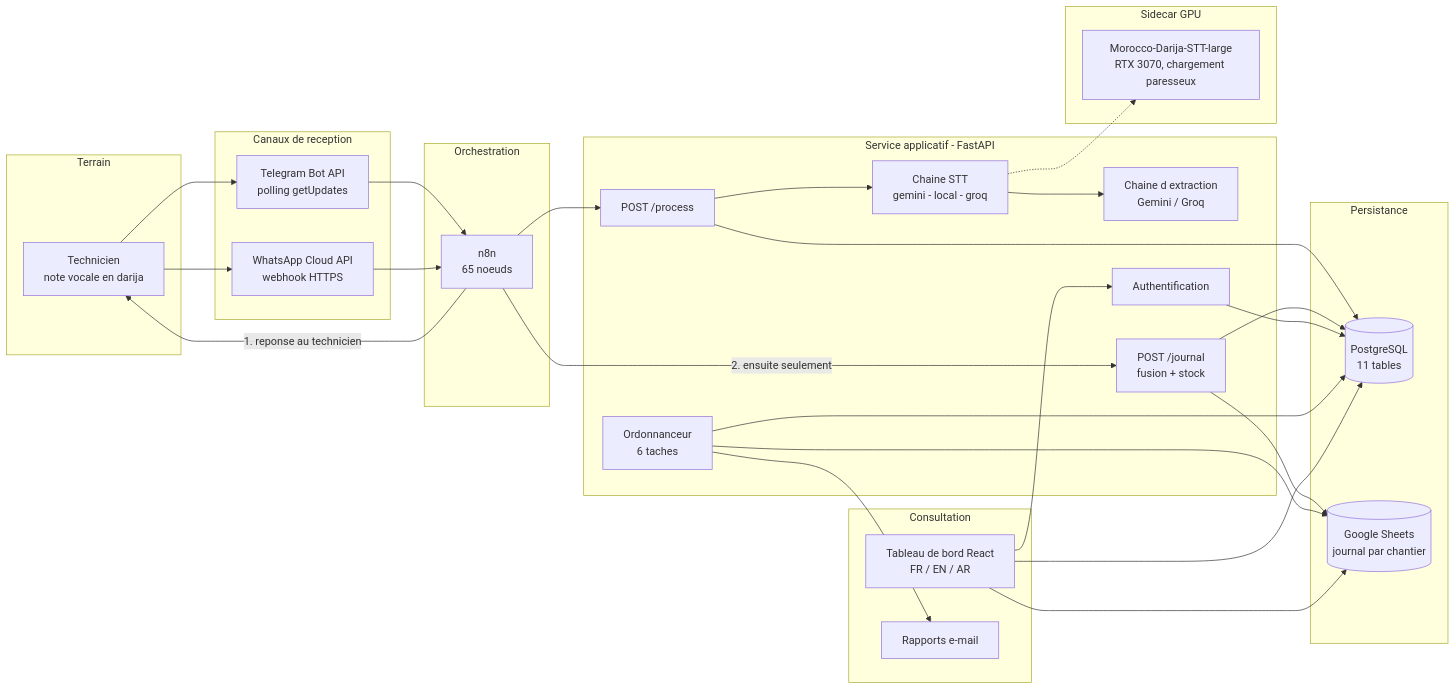
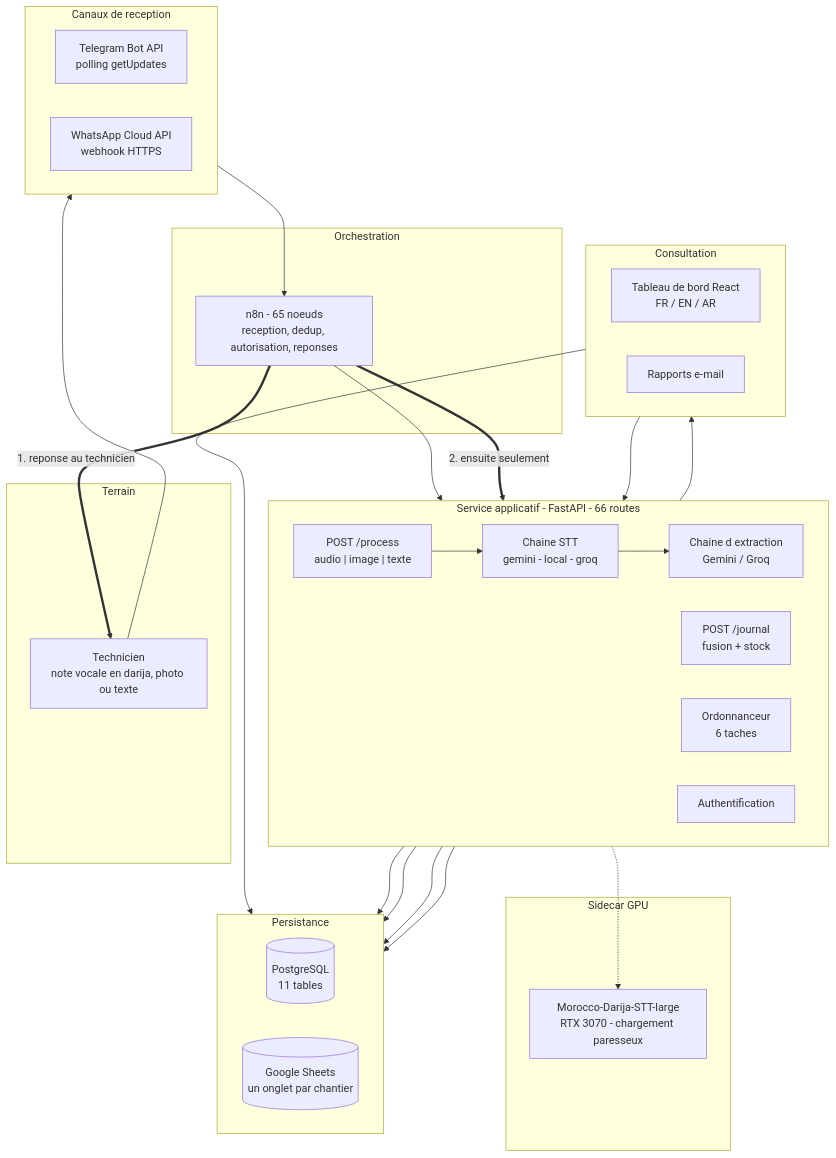
The diagram in Pres+report/diagrams/01-architecture.mmd (yassine808/PFE-aznet), drawn with Mermaid before and after one commit. The commit also changed 28 other files, not shown here.

```diff
--- a/Pres+report/diagrams/01-architecture.mmd
+++ b/Pres+report/diagrams/01-architecture.mmd
@@ -1,48 +1,53 @@
-flowchart LR
+flowchart TB
     subgraph terrain["Terrain"]
-        T["Technicien<br/>note vocale en darija"]
+        T["Technicien<br/>note vocale en darija, photo ou texte"]
     end
 
     subgraph canaux["Canaux de reception"]
+        direction LR
         TG["Telegram Bot API<br/>polling getUpdates"]
         WA["WhatsApp Cloud API<br/>webhook HTTPS"]
     end
 
     subgraph orch["Orchestration"]
-        N8N["n8n<br/>65 noeuds"]
+        N8N["n8n - 65 noeuds<br/>reception, dedup, autorisation, reponses"]
     end
 
-    subgraph coeur["Service applicatif - FastAPI"]
-        PROC["POST /process"]
+    subgraph coeur["Service applicatif - FastAPI - 66 routes"]
+        direction LR
+        PROC["POST /process<br/>audio | image | texte"]
         STT["Chaine STT<br/>gemini - local - groq"]
         EXT["Chaine d extraction<br/>Gemini / Groq"]
         JRN["POST /journal<br/>fusion + stock"]
         JOBS["Ordonnanceur<br/>6 taches"]
         AUTH["Authentification"]
     end
 
     subgraph gpu["Sidecar GPU"]
-        LOC["Morocco-Darija-STT-large<br/>RTX 3070, chargement paresseux"]
+        LOC["Morocco-Darija-STT-large<br/>RTX 3070 - chargement paresseux"]
     end
 
     subgraph stock["Persistance"]
+        direction LR
         PG[("PostgreSQL<br/>11 tables")]
-        GS[("Google Sheets<br/>journal par chantier")]
+        GS[("Google Sheets<br/>un onglet par chantier")]
     end
 
     subgraph consult["Consultation"]
+        direction LR
         DASH["Tableau de bord React<br/>FR / EN / AR"]
         MAIL["Rapports e-mail"]
     end
 
-    T --> TG & WA --> N8N
-    N8N --> PROC
-    PROC --> STT --> EXT
+    T --> canaux --> N8N
+    N8N --> PROC --> STT --> EXT
     STT -.-> LOC
-    N8N -- "1. reponse au technicien" --> T
-    N8N -- "2. ensuite seulement" --> JRN
+    N8N == "1. reponse au technicien" ==> T
+    N8N == "2. ensuite seulement" ==> JRN
     JRN --> GS
-    PROC & JRN & AUTH --> PG
-    JOBS --> GS & MAIL & PG
+    PROC --> PG
+    AUTH --> PG
+    JOBS --> GS
+    JOBS --> MAIL
     DASH --> AUTH
-    DASH --> PG & GS
+    DASH --> PG
```
